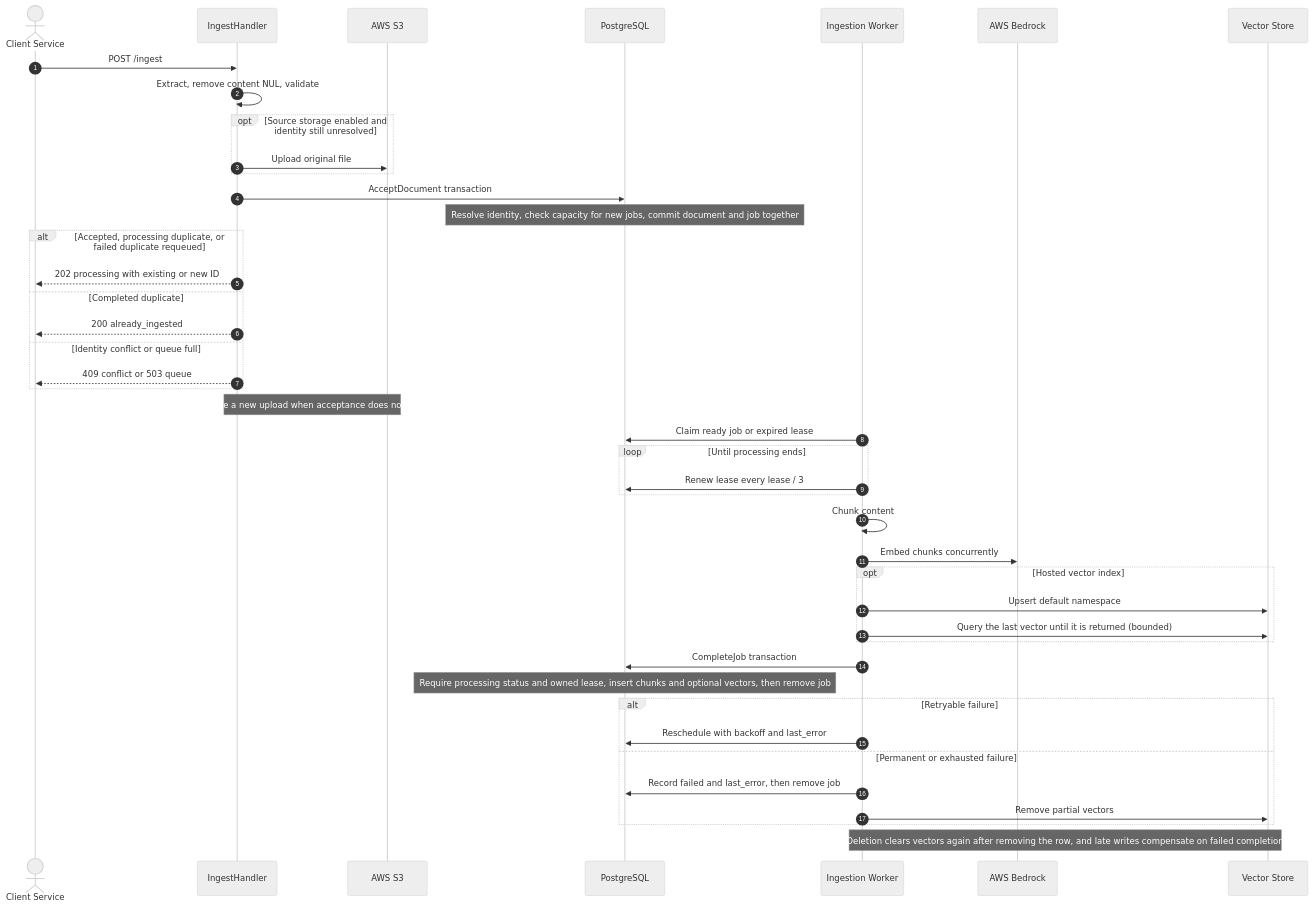
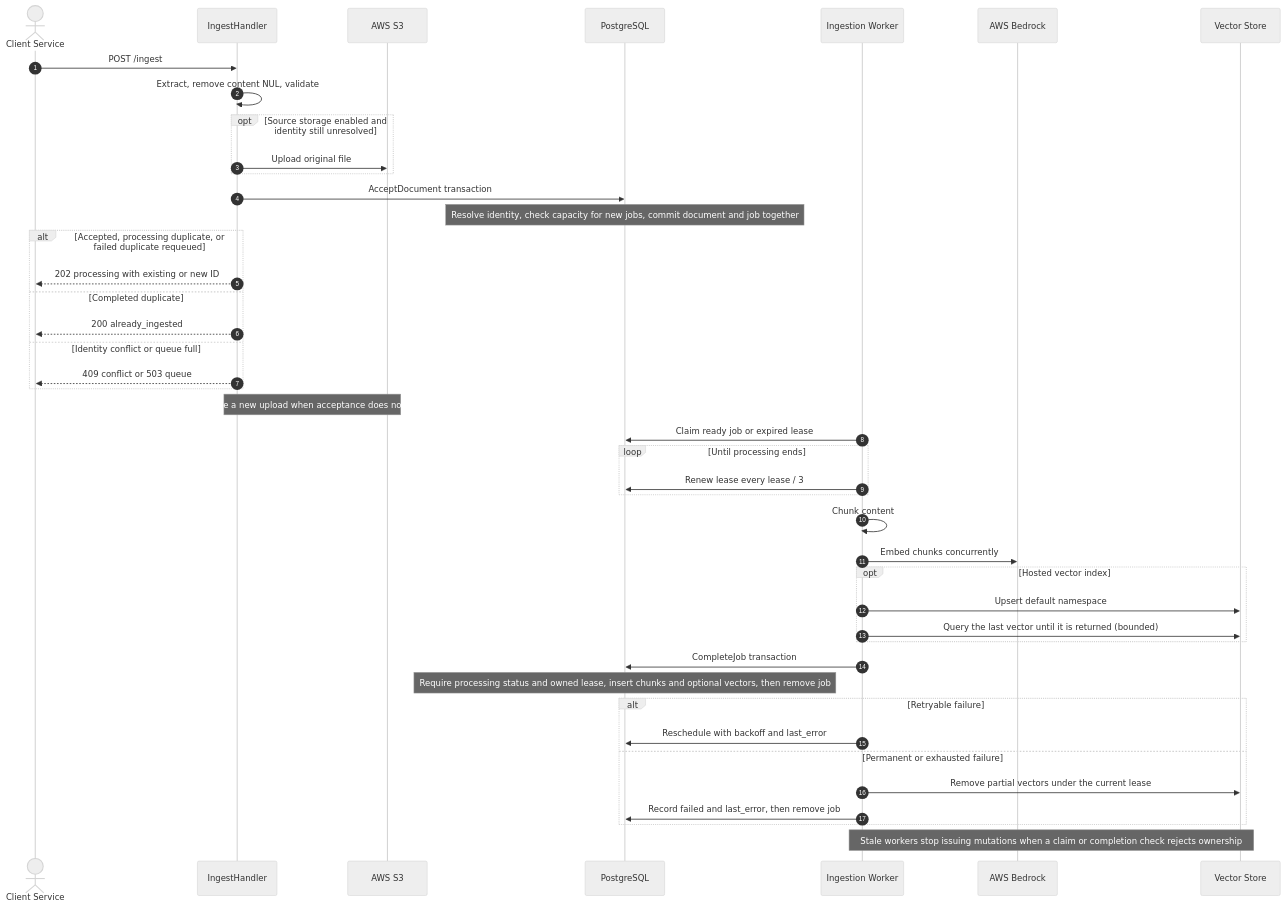
Before and after one commit to Victoroide/quarry-rag: the first of 2 diagrams in docs/architecture.md, drawn with Mermaid (neutral theme). The commit also changed other lines of this file and 23 other files, not shown here.

````diff
--- a/docs/architecture.md
+++ b/docs/architecture.md
@@ -59,45 +59,45 @@
 ```mermaid
 sequenceDiagram
     autonumber
     actor Caller as Client Service
     participant Handler as IngestHandler
     participant S3 as AWS S3
     participant Postgres as PostgreSQL
     participant Worker as Ingestion Worker
     participant Embedder as AWS Bedrock
     participant Pinecone as Vector Store
     Caller->>Handler: POST /ingest
     Handler->>Handler: Extract, remove content NUL, validate
     opt Source storage enabled and identity still unresolved
         Handler->>S3: Upload original file
     end
     Handler->>Postgres: AcceptDocument transaction
     Note over Postgres: Resolve identity, check capacity for new jobs, commit document and job together
     alt Accepted, processing duplicate, or failed duplicate requeued
         Handler-->>Caller: 202 processing with existing or new ID
     else Completed duplicate
         Handler-->>Caller: 200 already_ingested
     else Identity conflict or queue full
         Handler-->>Caller: 409 conflict or 503 queue
     end
     Note over Handler,S3: Remove a new upload when acceptance does not use it
     Worker->>Postgres: Claim ready job or expired lease
     loop Until processing ends
         Worker->>Postgres: Renew lease every lease / 3
     end
     Worker->>Worker: Chunk content
     Worker->>Embedder: Embed chunks concurrently
     opt Hosted vector index
         Worker->>Pinecone: Upsert default namespace
         Worker->>Pinecone: Query the last vector until it is returned (bounded)
     end
     Worker->>Postgres: CompleteJob transaction
     Note over Postgres: Require processing status and owned lease, insert chunks and optional vectors, then remove job
     alt Retryable failure
         Worker->>Postgres: Reschedule with backoff and last_error
     else Permanent or exhausted failure
+        Worker->>Pinecone: Remove partial vectors under the current lease
         Worker->>Postgres: Record failed and last_error, then remove job
-        Worker->>Pinecone: Remove partial vectors
     end
-    Note over Worker,Pinecone: Deletion clears vectors again after removing the row, and late writes compensate on failed completion
+    Note over Worker,Pinecone: Stale workers stop issuing mutations when a claim or completion check rejects ownership
 ```
````
